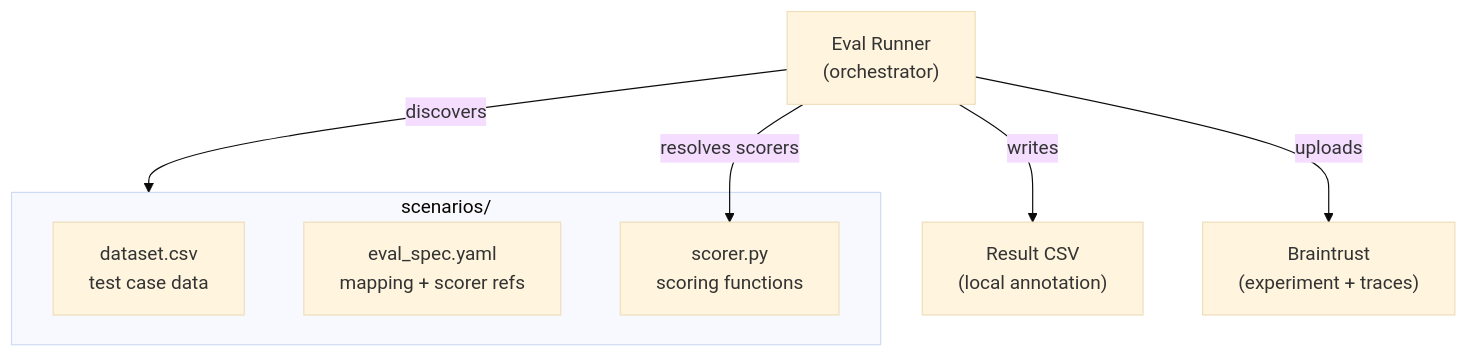
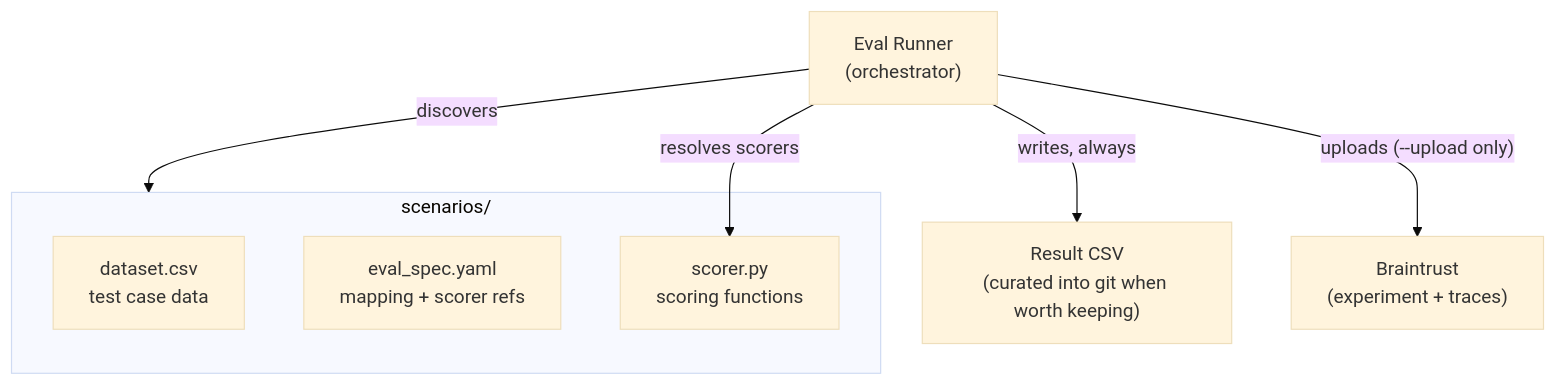
Before and after one commit to wei-yiting/fin-lab-x: the first of 3 diagrams in backend/evals/ARCHITECTURE.md, drawn with Mermaid (base theme). The commit also changed other lines of this file and 8 other files, not shown here.

First line of the commit message:
refactor(evals): braintrust Eval() as sole executor, default no-upload (#25)

````diff
--- a/backend/evals/ARCHITECTURE.md
+++ b/backend/evals/ARCHITECTURE.md
@@ -7,16 +7,16 @@
 ```mermaid
 graph TB
     Runner["Eval Runner<br/>(orchestrator)"]
 
     subgraph Scenarios["scenarios/"]
         CSV["dataset.csv<br/>test case data"]
         Config["eval_spec.yaml<br/>mapping + scorer refs"]
         Scorers["scorer.py<br/>scoring functions"]
     end
 
     Runner -->|discovers| Scenarios
     Runner -->|resolves scorers| Scorers
 
-    Runner -->|writes| ResultCSV["Result CSV<br/>(local annotation)"]
-    Runner -->|uploads| BT["Braintrust<br/>(experiment + traces)"]
+    Runner -->|writes, always| ResultCSV["Result CSV<br/>(curated into git when worth keeping)"]
+    Runner -->|"uploads (--upload only)"| BT["Braintrust<br/>(experiment + traces)"]
 ```
````
